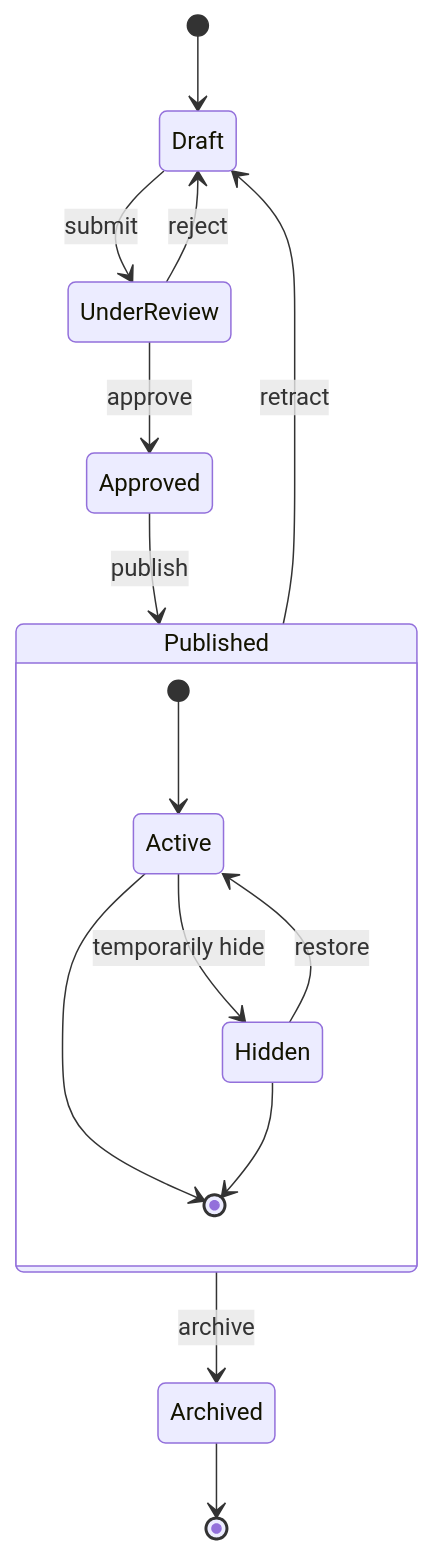
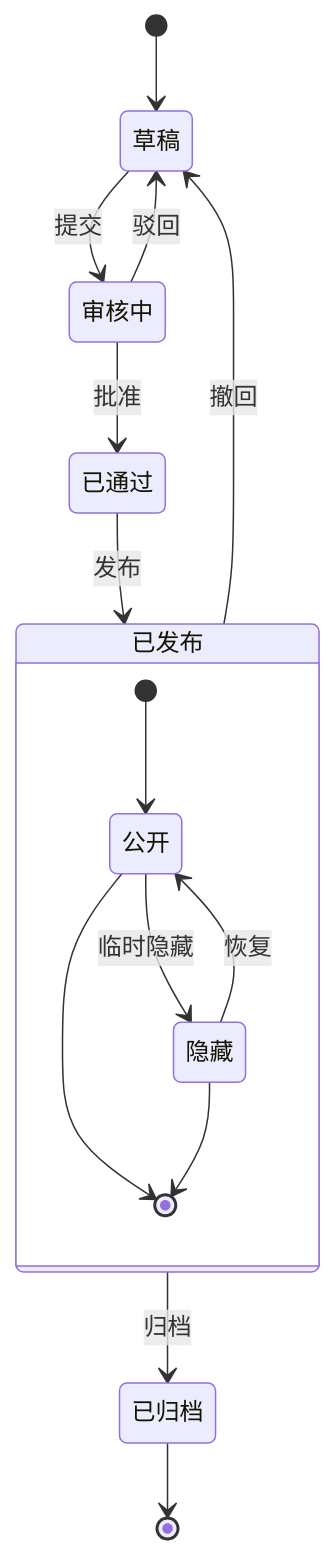
Before and after one commit to FishingMZ/blog: the fifth of 6 diagrams in src/content/posts/markdown-mermaid.md, drawn with Mermaid. The commit also changed other lines of this file, not shown here.

Commit message:
Translate Markdown Mermaid post to Chinese

````diff
--- a/src/content/posts/markdown-mermaid.md
+++ b/src/content/posts/markdown-mermaid.md
@@ -151,21 +148,21 @@
 ```mermaid
 stateDiagram-v2
-    [*] --> Draft
+    [*] --> 草稿
     
-    Draft --> UnderReview : submit
-    UnderReview --> Draft : reject
-    UnderReview --> Approved : approve
-    Approved --> Published : publish
-    Published --> Archived : archive
-    Published --> Draft : retract
+    草稿 --> 审核中 : 提交
+    审核中 --> 草稿 : 驳回
+    审核中 --> 已通过 : 批准
+    已通过 --> 已发布 : 发布
+    已发布 --> 已归档 : 归档
+    已发布 --> 草稿 : 撤回
     
-    state Published {
-        [*] --> Active
-        Active --> Hidden : temporarily hide
-        Hidden --> Active : restore
-        Active --> [*]
-        Hidden --> [*]
+    state 已发布 {
+        [*] --> 公开
+        公开 --> 隐藏 : 临时隐藏
+        隐藏 --> 公开 : 恢复
+        公开 --> [*]
+        隐藏 --> [*]
     }
     
-    Archived --> [*]
+    已归档 --> [*]
 ```
````
